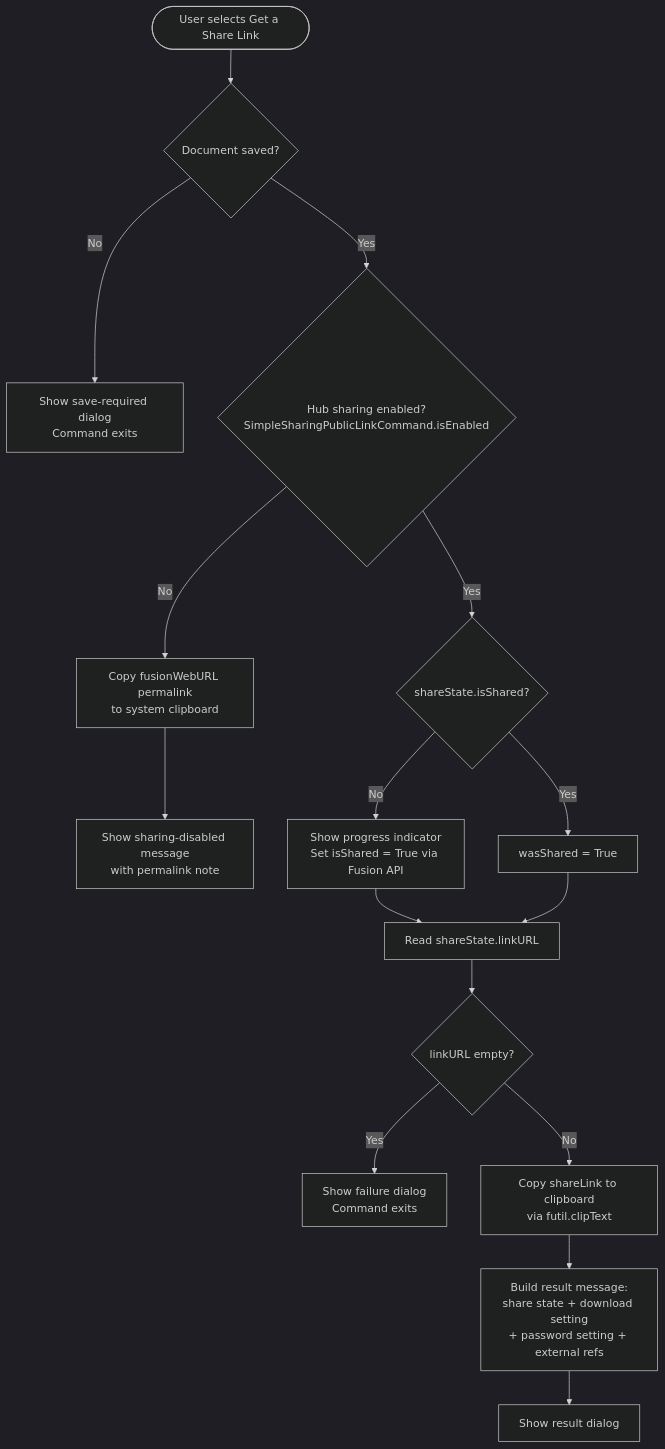
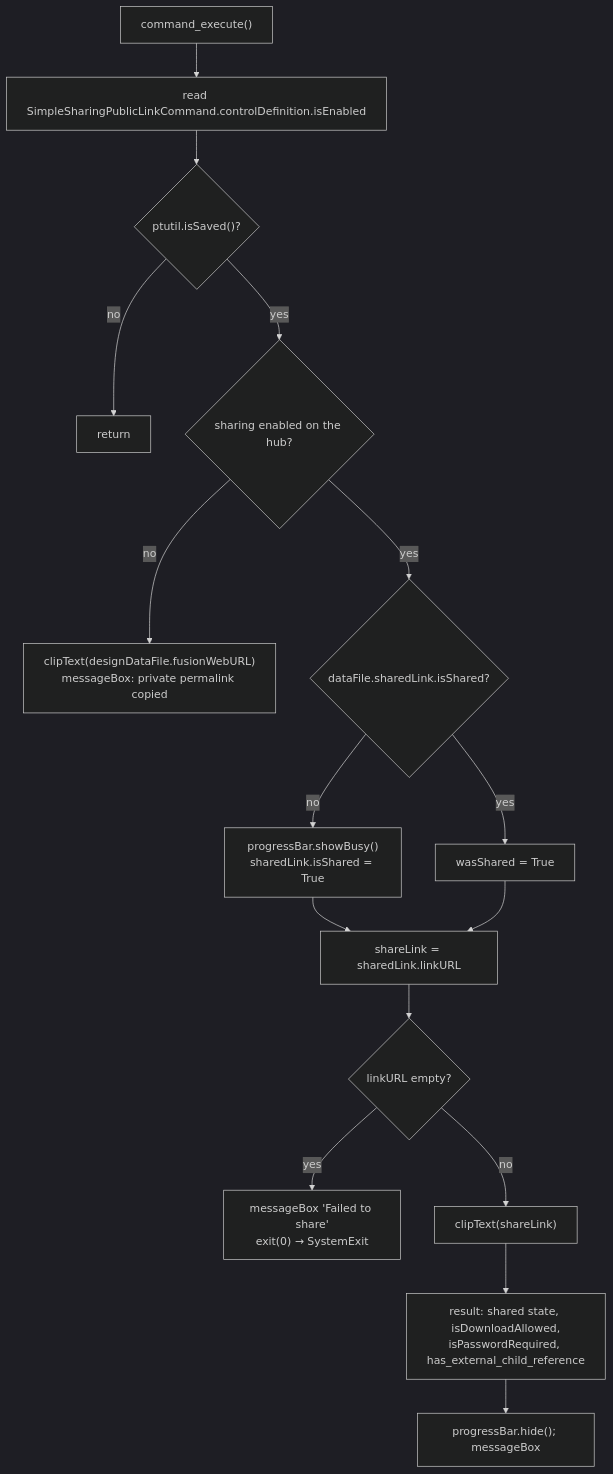
The diagram in docs/arch/Get a Share Link.md (schneik80/PowerTools), drawn with Mermaid (dark theme) before and after one commit. The commit also changed other lines of this file and 69 other files, not shown here.

````diff
--- a/docs/arch/Get a Share Link.md
+++ b/docs/arch/Get a Share Link.md
@@ -29,18 +41,18 @@
 ```mermaid
 flowchart TD
-    A([User selects Get a Share Link]) --> B{Document saved?}
-    B -- No --> C[Show save-required dialog\nCommand exits]
-    B -- Yes --> D{Hub sharing enabled?\nSimpleSharingPublicLinkCommand.isEnabled}
-    D -- No --> E[Copy fusionWebURL permalink\nto system clipboard]
-    E --> F[Show sharing-disabled message\nwith permalink note]
-    D -- Yes --> G{shareState.isShared?}
-    G -- No --> H[Show progress indicator\nSet isShared = True via Fusion API]
-    G -- Yes --> I[wasShared = True]
-    H --> J[Read shareState.linkURL]
-    I --> J
-    J --> K{linkURL empty?}
-    K -- Yes --> L[Show failure dialog\nCommand exits]
-    K -- No --> M[Copy shareLink to clipboard\nvia futil.clipText]
-    M --> N[Build result message:\nshare state + download setting\n+ password setting + external refs]
-    N --> O[Show result dialog]
+    A["command_execute()"] --> B["read SimpleSharingPublicLinkCommand.controlDefinition.isEnabled"]
+    B --> C{"ptutil.isSaved()?"}
+    C -- no --> X1["return"]
+    C -- yes --> D{"sharing enabled on the hub?"}
+    D -- no --> E["clipText(designDataFile.fusionWebURL)<br/>messageBox: private permalink copied"]
+    D -- yes --> F{"dataFile.sharedLink.isShared?"}
+    F -- no --> G["progressBar.showBusy()<br/>sharedLink.isShared = True"]
+    F -- yes --> H["wasShared = True"]
+    G --> I["shareLink = sharedLink.linkURL"]
+    H --> I
+    I --> J{"linkURL empty?"}
+    J -- yes --> K["messageBox 'Failed to share'<br/>exit(0) → SystemExit"]
+    J -- no --> L["clipText(shareLink)"]
+    L --> M["result: shared state, isDownloadAllowed,<br/>isPasswordRequired, has_external_child_reference"]
+    M --> N["progressBar.hide(); messageBox"]
 ```
````
